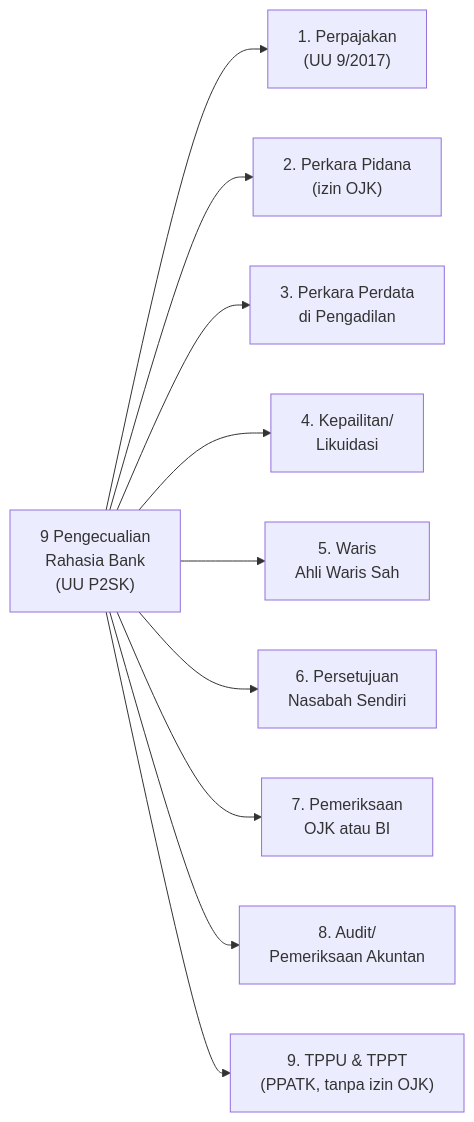
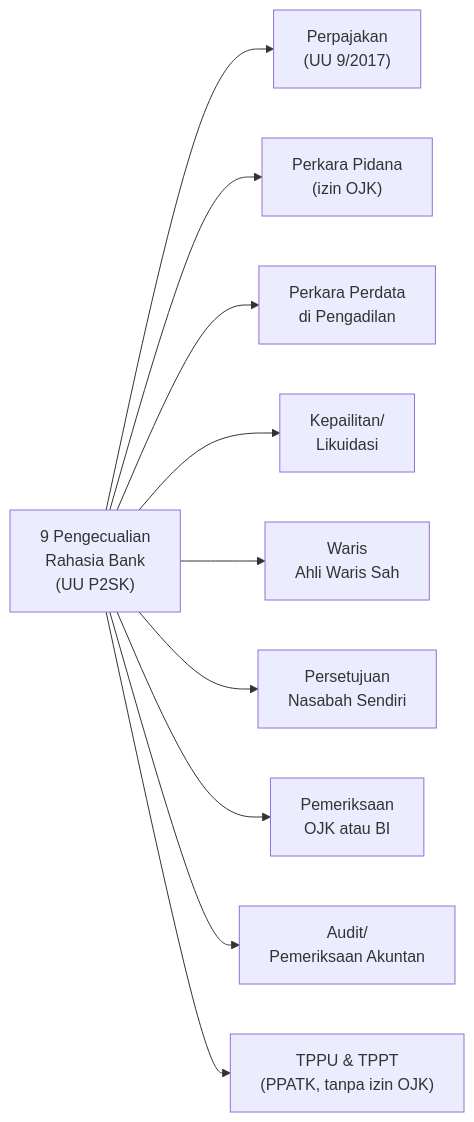
The sixth of 9 diagrams in content/Lectures/perbankan-uas.md (hifdzimaulana/beate-vivere), drawn with Mermaid before and after one commit.

Commit message:
refixing another unsupported list

````diff
--- a/content/Lectures/perbankan-uas.md
+++ b/content/Lectures/perbankan-uas.md
@@ -1027,12 +1027,12 @@
 ```mermaid
 graph LR
-    A["9 Pengecualian<br>Rahasia Bank<br>(UU P2SK)"] --> B["1. Perpajakan<br>(UU 9/2017)"]
-    A --> C["2. Perkara Pidana<br>(izin OJK)"]
-    A --> D["3. Perkara Perdata<br>di Pengadilan"]
-    A --> E["4. Kepailitan/<br>Likuidasi"]
-    A --> F["5. Waris<br>Ahli Waris Sah"]
-    A --> G["6. Persetujuan<br>Nasabah Sendiri"]
-    A --> H["7. Pemeriksaan<br>OJK atau BI"]
-    A --> I["8. Audit/<br>Pemeriksaan Akuntan"]
-    A --> J["9. TPPU & TPPT<br>(PPATK, tanpa izin OJK)"]
+    A["9 Pengecualian<br>Rahasia Bank<br>(UU P2SK)"] --> B["Perpajakan<br>(UU 9/2017)"]
+    A --> C["Perkara Pidana<br>(izin OJK)"]
+    A --> D["Perkara Perdata<br>di Pengadilan"]
+    A --> E["Kepailitan/<br>Likuidasi"]
+    A --> F["Waris<br>Ahli Waris Sah"]
+    A --> G["Persetujuan<br>Nasabah Sendiri"]
+    A --> H["Pemeriksaan<br>OJK atau BI"]
+    A --> I["Audit/<br>Pemeriksaan Akuntan"]
+    A --> J["TPPU & TPPT<br>(PPATK, tanpa izin OJK)"]
 ```
````
